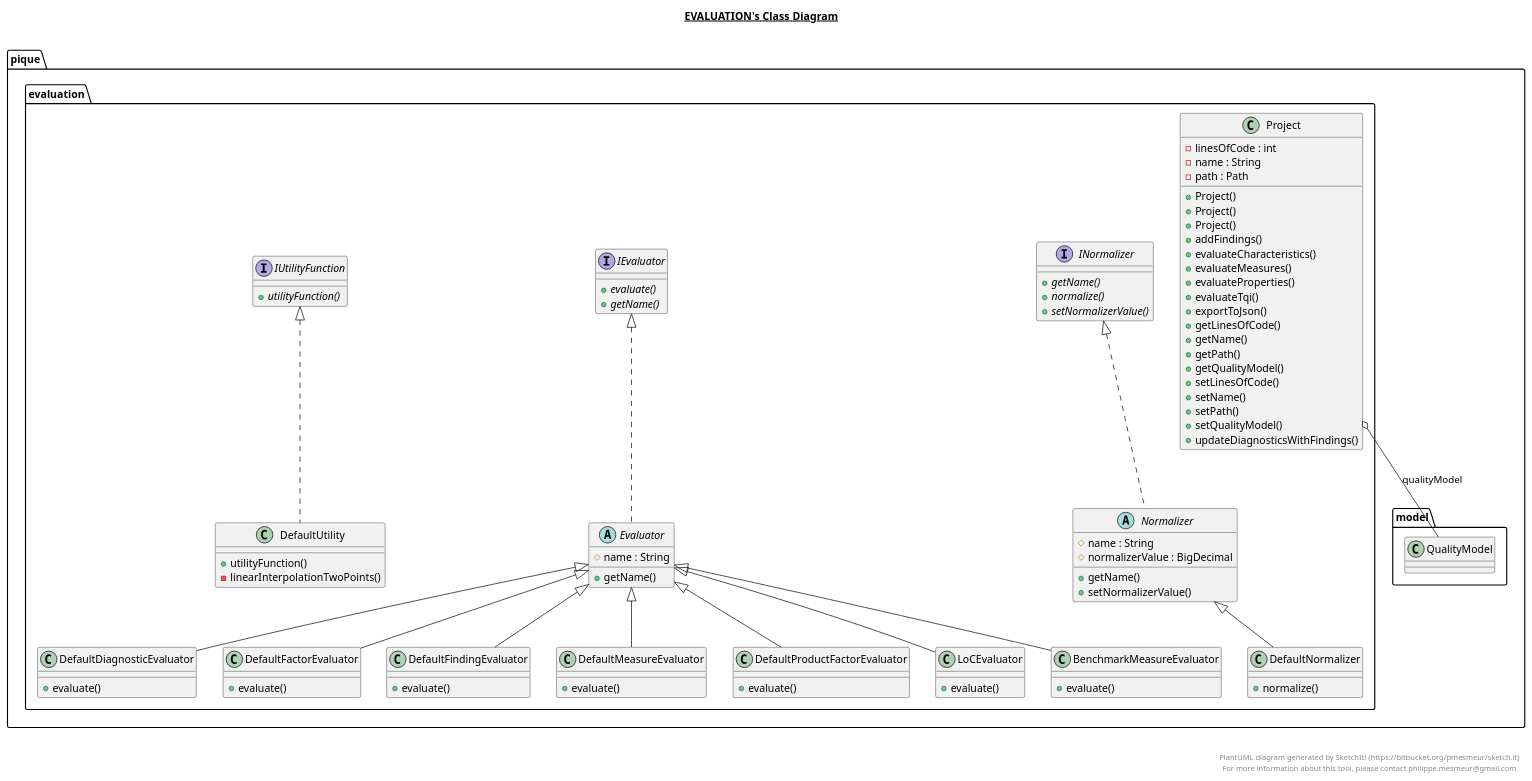
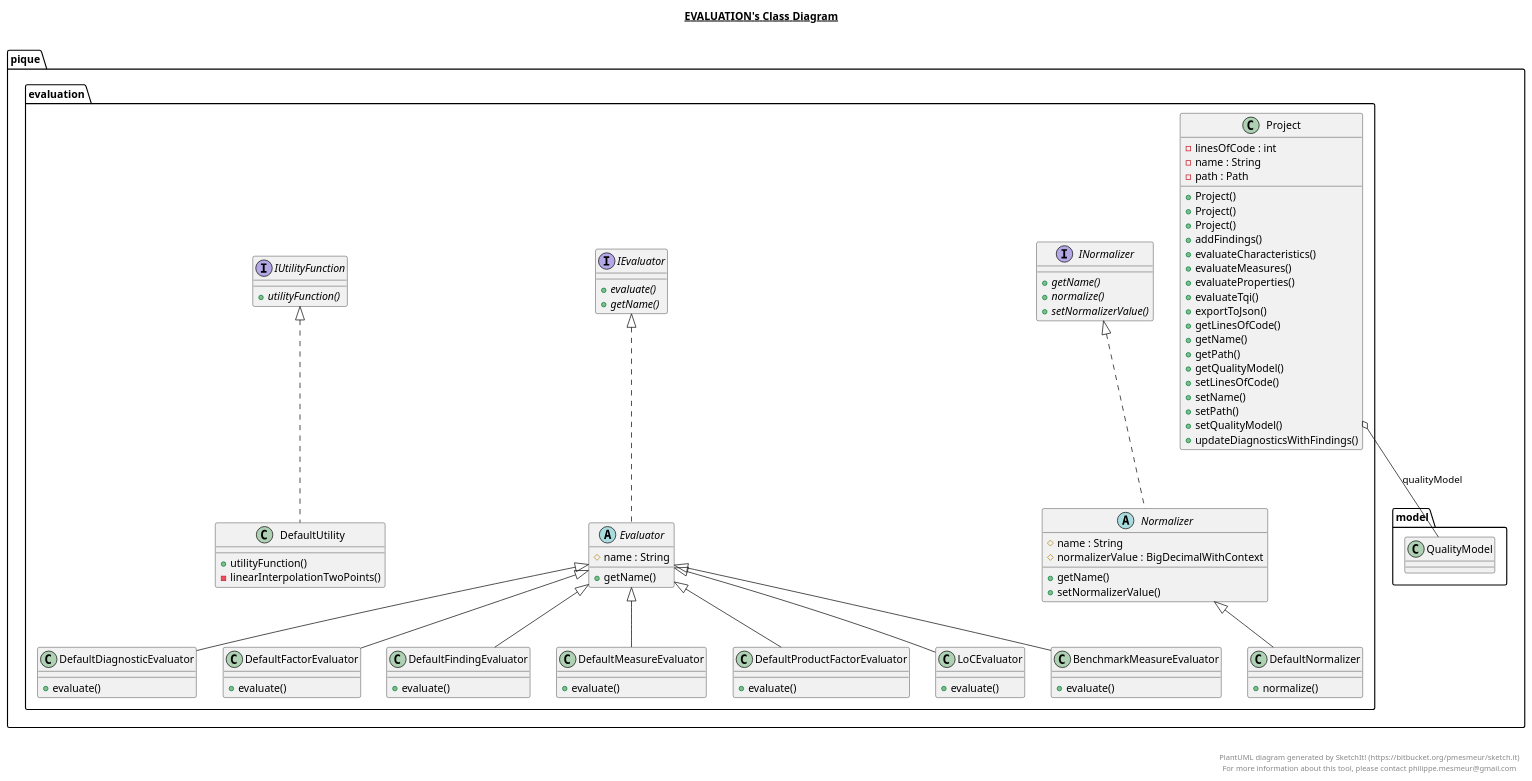
The diagram in src/main/java/pique/evaluation/evaluation.plantuml (MSUSEL/msusel-pique), drawn with PlantUML before and after one commit. The commit also changed 20 other files, not shown here.

Commit message:
Adding custom BigDecimal child that sets context, integrating that class into new BigDecimal calls

```diff
--- a/src/main/java/pique/evaluation/evaluation.plantuml
+++ b/src/main/java/pique/evaluation/evaluation.plantuml
@@ -1,159 +1,159 @@
 @startuml
 
 title __EVALUATION's Class Diagram__\n
 
   namespace pique.evaluation {
     class pique.evaluation.BenchmarkMeasureEvaluator {
         + evaluate()
     }
   }
   
 
   namespace pique.evaluation {
     class pique.evaluation.DefaultDiagnosticEvaluator {
         + evaluate()
     }
   }
   
 
   namespace pique.evaluation {
     class pique.evaluation.DefaultFactorEvaluator {
         + evaluate()
     }
   }
   
 
   namespace pique.evaluation {
     class pique.evaluation.DefaultFindingEvaluator {
         + evaluate()
     }
   }
   
 
   namespace pique.evaluation {
     class pique.evaluation.DefaultMeasureEvaluator {
         + evaluate()
     }
   }
   
 
   namespace pique.evaluation {
     class pique.evaluation.DefaultNormalizer {
         + normalize()
     }
   }
   
 
   namespace pique.evaluation {
     class pique.evaluation.DefaultProductFactorEvaluator {
         + evaluate()
     }
   }
   
 
   namespace pique.evaluation {
     class pique.evaluation.DefaultUtility {
         + utilityFunction()
         - linearInterpolationTwoPoints()
     }
   }
   
 
   namespace pique.evaluation {
     abstract class pique.evaluation.Evaluator {
         # name : String
         + getName()
     }
   }
   
 
   namespace pique.evaluation {
     interface pique.evaluation.IEvaluator {
         {abstract} + evaluate()
         {abstract} + getName()
     }
   }
   
 
   namespace pique.evaluation {
     interface pique.evaluation.INormalizer {
         {abstract} + getName()
         {abstract} + normalize()
         {abstract} + setNormalizerValue()
     }
   }
   
 
   namespace pique.evaluation {
     interface pique.evaluation.IUtilityFunction {
         {abstract} + utilityFunction()
     }
   }
   
 
   namespace pique.evaluation {
     class pique.evaluation.LoCEvaluator {
         + evaluate()
     }
   }
   
 
   namespace pique.evaluation {
     abstract class pique.evaluation.Normalizer {
         # name : String
-        # normalizerValue : BigDecimal
+        # normalizerValue : BigDecimalWithContext
         + getName()
         + setNormalizerValue()
     }
   }
   
 
   namespace pique.evaluation {
     class pique.evaluation.Project {
         - linesOfCode : int
         - name : String
         - path : Path
         + Project()
         + Project()
         + Project()
         + addFindings()
         + evaluateCharacteristics()
         + evaluateMeasures()
         + evaluateProperties()
         + evaluateTqi()
         + exportToJson()
         + getLinesOfCode()
         + getName()
         + getPath()
         + getQualityModel()
         + setLinesOfCode()
         + setName()
         + setPath()
         + setQualityModel()
         + updateDiagnosticsWithFindings()
     }
   }
   
 
   pique.evaluation.BenchmarkMeasureEvaluator -up-|> pique.evaluation.Evaluator
   pique.evaluation.DefaultDiagnosticEvaluator -up-|> pique.evaluation.Evaluator
   pique.evaluation.DefaultFactorEvaluator -up-|> pique.evaluation.Evaluator
   pique.evaluation.DefaultFindingEvaluator -up-|> pique.evaluation.Evaluator
   pique.evaluation.DefaultMeasureEvaluator -up-|> pique.evaluation.Evaluator
   pique.evaluation.DefaultNormalizer -up-|> pique.evaluation.Normalizer
   pique.evaluation.DefaultProductFactorEvaluator -up-|> pique.evaluation.Evaluator
   pique.evaluation.DefaultUtility .up.|> pique.evaluation.IUtilityFunction
   pique.evaluation.Evaluator .up.|> pique.evaluation.IEvaluator
   pique.evaluation.LoCEvaluator -up-|> pique.evaluation.Evaluator
   pique.evaluation.Normalizer .up.|> pique.evaluation.INormalizer
   pique.evaluation.Project o-- pique.model.QualityModel : qualityModel
 
 
 right footer
 
 
 PlantUML diagram generated by SketchIt! (https://bitbucket.org/pmesmeur/sketch.it)
 For more information about this tool, please contact philippe.mesmeur@gmail.com
 endfooter
 
 @enduml
```
